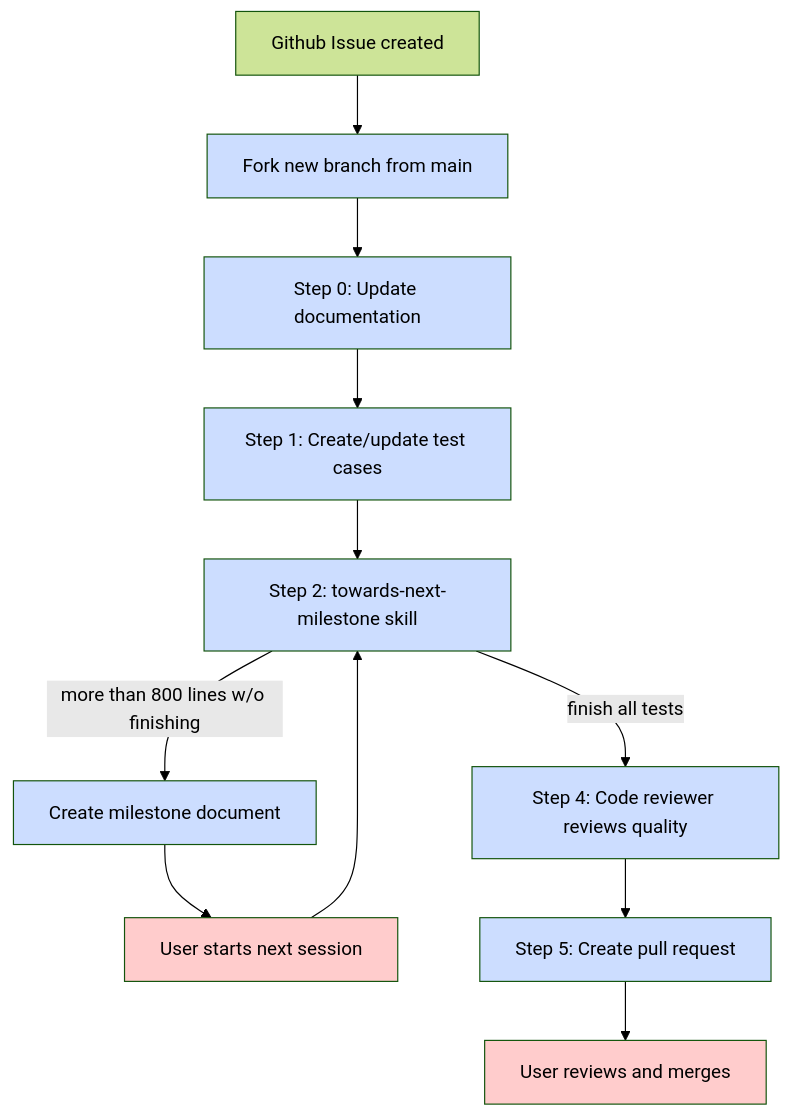
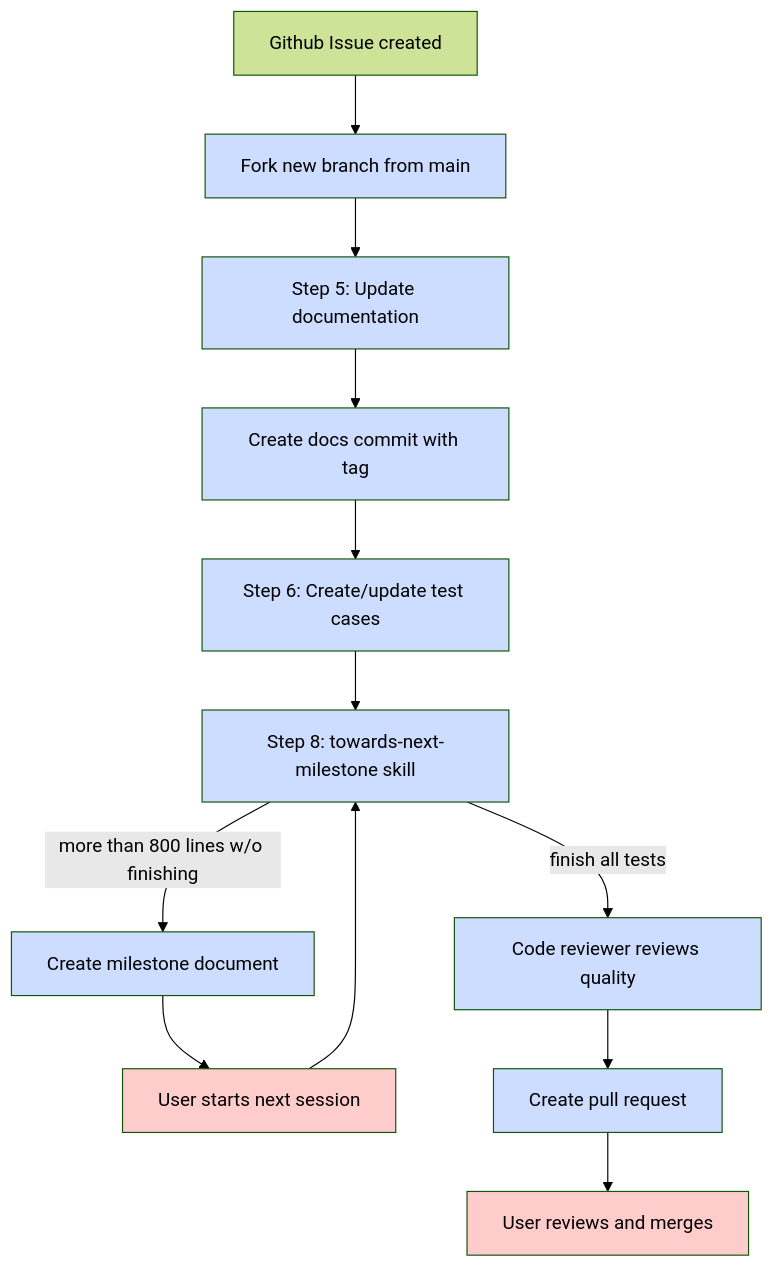
One commit to Synthesys-Lab/agentize changed the diagram in docs/workflows/issue-to-impl.md. Above: the diagram before and after it, drawn with Mermaid (forest theme). The commit also changed other lines of this file and 7 other files, not shown here.

First line of the commit message:
[milestone][docs][tests] Add documentation diff previews to planning workflow

````diff
--- a/docs/workflows/issue-to-impl.md
+++ b/docs/workflows/issue-to-impl.md
@@ -5,23 +5,25 @@
 ```mermaid
 graph TD
     A[Github Issue created] --> B[Fork new branch from main]
-    B --> C[Step 0: Update documentation]
-    C --> D[Step 1: Create/update test cases]
-    D --> E[Step 2: towards-next-milestone skill]
+    B --> C[Step 5: Update documentation]
+    C --> C2[Create docs commit with tag]
+    C2 --> D[Step 6: Create/update test cases]
+    D --> E[Step 8: towards-next-milestone skill]
     E -->|more than 800 lines w/o finishing| F[Create milestone document]
     F --> G[User starts next session]
     G --> E
-    E -->|finish all tests| H[Step 4: Code reviewer reviews quality]
-    H --> I[Step 5: Create pull request]
+    E -->|finish all tests| H[Code reviewer reviews quality]
+    H --> I[Create pull request]
     I --> J[User reviews and merges]
 
     style G fill:#ffcccc
     style J fill:#ffcccc
     style B fill:#ccddff
     style C fill:#ccddff
+    style C2 fill:#ccddff
     style D fill:#ccddff
     style E fill:#ccddff
     style F fill:#ccddff
     style H fill:#ccddff
     style I fill:#ccddff
 ```
````
